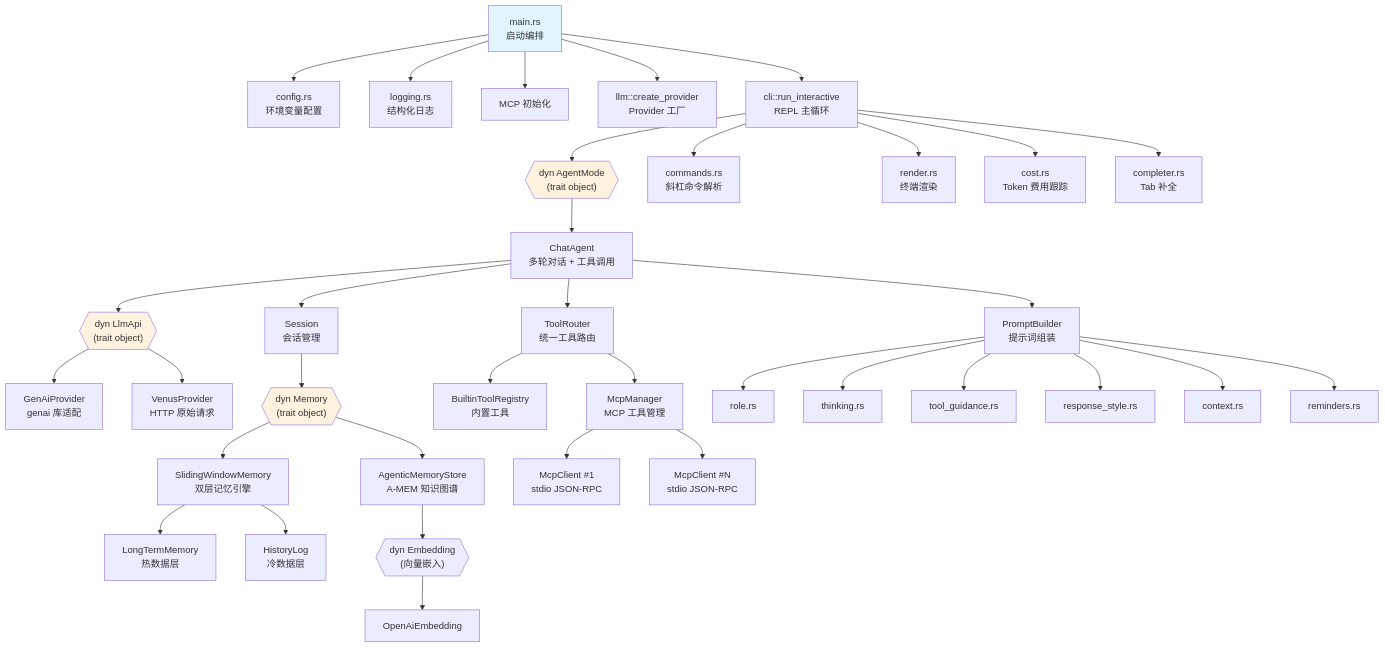
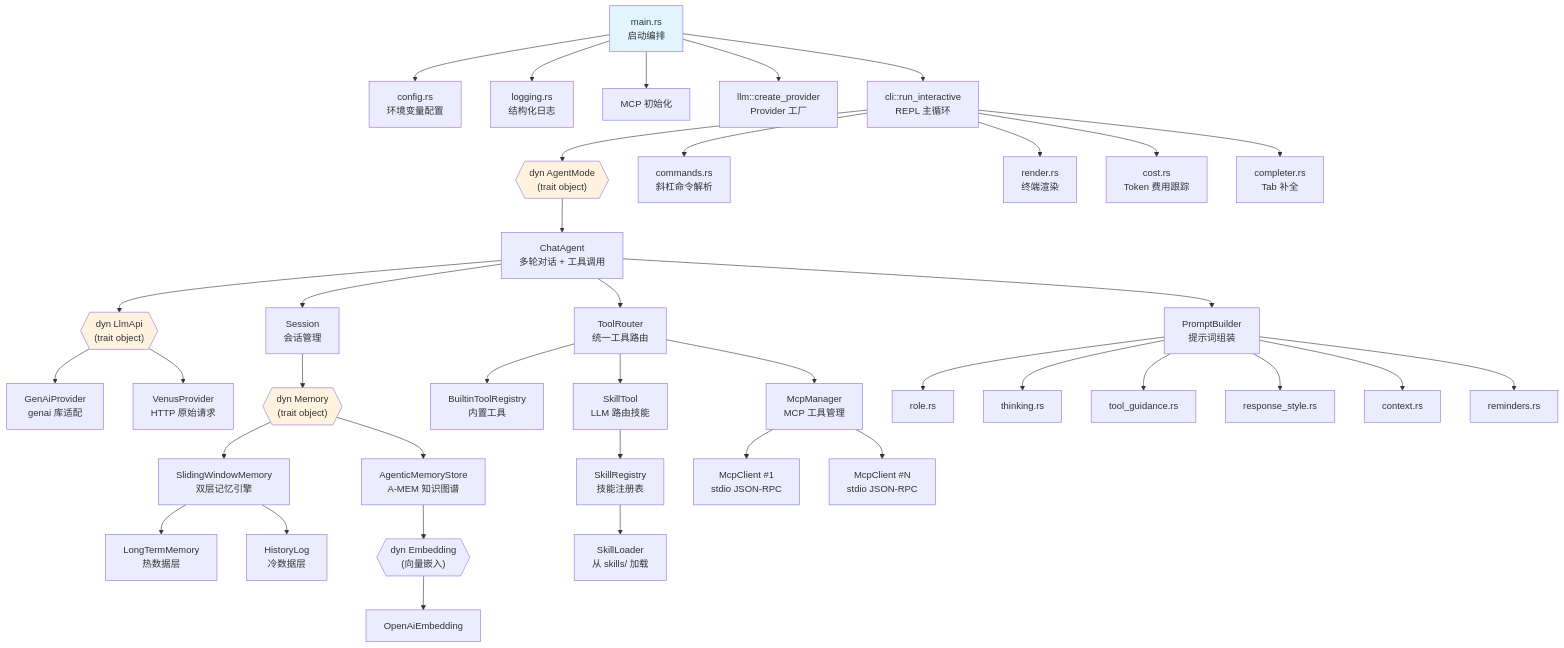
The diagram in ARCHITECTURE.md (darkinsky/daedalus), drawn with Mermaid before and after one commit. The commit also changed other lines of this file and 29 other files, not shown here.

````diff
--- a/ARCHITECTURE.md
+++ b/ARCHITECTURE.md
@@ -9,50 +9,54 @@
 ```mermaid
 graph TD
     Main[main.rs<br/>启动编排] --> Config[config.rs<br/>环境变量配置]
     Main --> Logging[logging.rs<br/>结构化日志]
     Main --> McpInit[MCP 初始化]
     Main --> LlmFactory[llm::create_provider<br/>Provider 工厂]
     Main --> CLI[cli::run_interactive<br/>REPL 主循环]
 
     CLI --> AgentMode{{"dyn AgentMode<br/>(trait object)"}}
     CLI --> Commands[commands.rs<br/>斜杠命令解析]
     CLI --> Render[render.rs<br/>终端渲染]
     CLI --> Cost[cost.rs<br/>Token 费用跟踪]
     CLI --> Completer[completer.rs<br/>Tab 补全]
 
     AgentMode --> ChatAgent[ChatAgent<br/>多轮对话 + 工具调用]
     ChatAgent --> LlmApi{{"dyn LlmApi<br/>(trait object)"}}
     ChatAgent --> Session[Session<br/>会话管理]
     ChatAgent --> ToolRouter[ToolRouter<br/>统一工具路由]
     ChatAgent --> PromptBuilder[PromptBuilder<br/>提示词组装]
 
     ToolRouter --> BuiltinTools[BuiltinToolRegistry<br/>内置工具]
+    ToolRouter --> SkillTool[SkillTool<br/>LLM 路由技能]
     ToolRouter --> McpManager[McpManager<br/>MCP 工具管理]
+
+    SkillTool --> SkillRegistry[SkillRegistry<br/>技能注册表]
+    SkillRegistry --> SkillLoader[SkillLoader<br/>从 skills/ 加载]
 
     LlmApi --> GenAi[GenAiProvider<br/>genai 库适配]
     LlmApi --> Venus[VenusProvider<br/>HTTP 原始请求]
 
     Session --> Memory{{"dyn Memory<br/>(trait object)"}}
     Memory --> SlidingWindow[SlidingWindowMemory<br/>双层记忆引擎]
     SlidingWindow --> LTM[LongTermMemory<br/>热数据层]
     SlidingWindow --> HistoryLog[HistoryLog<br/>冷数据层]
 
     Memory --> AgenticMem[AgenticMemoryStore<br/>A-MEM 知识图谱]
     AgenticMem --> EmbeddingTrait{{"dyn Embedding<br/>(向量嵌入)"}}
     EmbeddingTrait --> OpenAiEmbed[OpenAiEmbedding]
 
     McpManager --> McpClient1[McpClient #1<br/>stdio JSON-RPC]
     McpManager --> McpClient2[McpClient #N<br/>stdio JSON-RPC]
 
     PromptBuilder --> RoleSection[role.rs]
     PromptBuilder --> ThinkingSection[thinking.rs]
     PromptBuilder --> ToolSection[tool_guidance.rs]
     PromptBuilder --> StyleSection[response_style.rs]
     PromptBuilder --> ContextSection[context.rs]
     PromptBuilder --> RemindersSection[reminders.rs]
 
     style Main fill:#e1f5fe
     style AgentMode fill:#fff3e0
     style LlmApi fill:#fff3e0
     style Memory fill:#fff3e0
 ```
````
